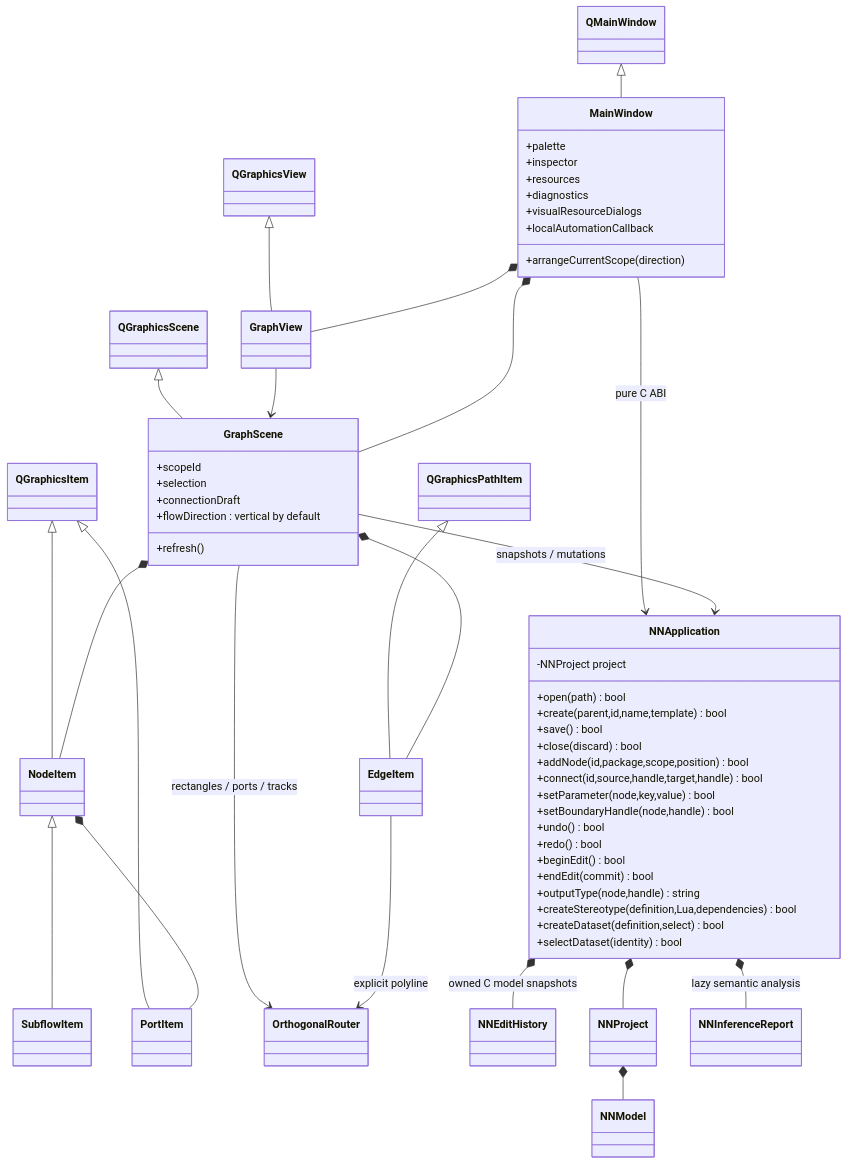
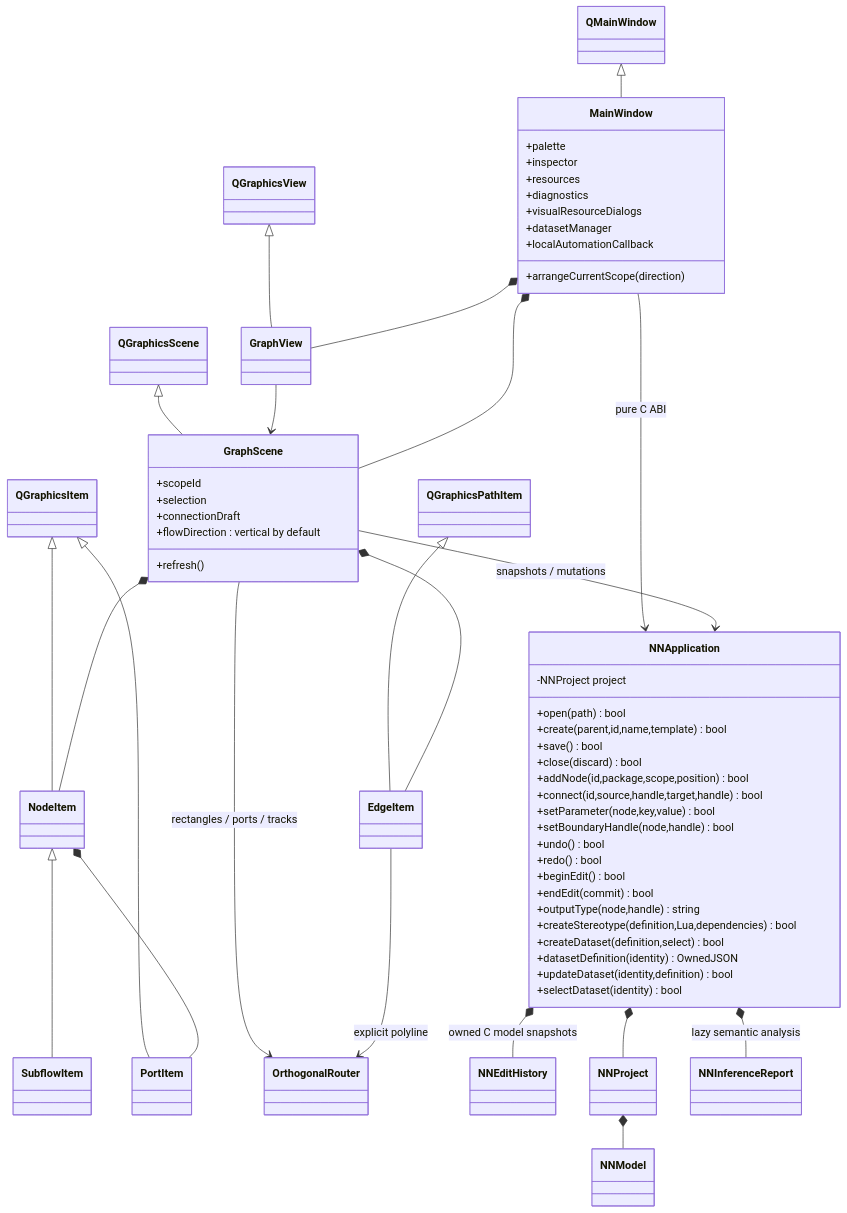
Before and after one commit to LucaSforza/nnmodelling-ui: the first of 2 diagrams in docs/knowledge/uml/editor.md, drawn with Mermaid. The commit also changed other lines of this file and 21 other files, not shown here.

First line of the commit message:
feat: add dataset manager and mini LLM starter

````diff
--- a/docs/knowledge/uml/editor.md
+++ b/docs/knowledge/uml/editor.md
@@ -8,59 +8,62 @@
 ```mermaid
   classDiagram
       class NNApplication {
         -NNProject project
         +open(path) bool
         +create(parent,id,name,template) bool
         +save() bool
         +close(discard) bool
         +addNode(id,package,scope,position) bool
         +connect(id,source,handle,target,handle) bool
         +setParameter(node,key,value) bool
         +setBoundaryHandle(node,handle) bool
         +undo() bool
         +redo() bool
         +beginEdit() bool
         +endEdit(commit) bool
         +outputType(node,handle) string
         +createStereotype(definition,Lua,dependencies) bool
         +createDataset(definition,select) bool
+        +datasetDefinition(identity) OwnedJSON
+        +updateDataset(identity,definition) bool
         +selectDataset(identity) bool
       }
       class MainWindow {
         +palette
         +inspector
         +resources
         +diagnostics
         +visualResourceDialogs
+        +datasetManager
         +localAutomationCallback
         +arrangeCurrentScope(direction)
       }
       class GraphScene {
         +scopeId
         +selection
         +connectionDraft
         +flowDirection : vertical by default
         +refresh()
       }
       MainWindow --> NNApplication : pure C ABI
       QMainWindow <|-- MainWindow
       QGraphicsView <|-- GraphView
       QGraphicsScene <|-- GraphScene
       QGraphicsItem <|-- NodeItem
       NodeItem <|-- SubflowItem
       QGraphicsItem <|-- PortItem
       QGraphicsPathItem <|-- EdgeItem
       MainWindow *-- GraphView
       GraphView --> GraphScene
       GraphScene *-- NodeItem
       GraphScene *-- EdgeItem
       GraphScene --> OrthogonalRouter : rectangles / ports / tracks
       EdgeItem --> OrthogonalRouter : explicit polyline
       NodeItem *-- PortItem
       MainWindow *-- GraphScene
       GraphScene --> NNApplication : snapshots / mutations
       NNApplication *-- NNEditHistory : owned C model snapshots
       NNApplication *-- NNProject
       NNProject *-- NNModel
       NNApplication *-- NNInferenceReport : lazy semantic analysis
 ```
````
